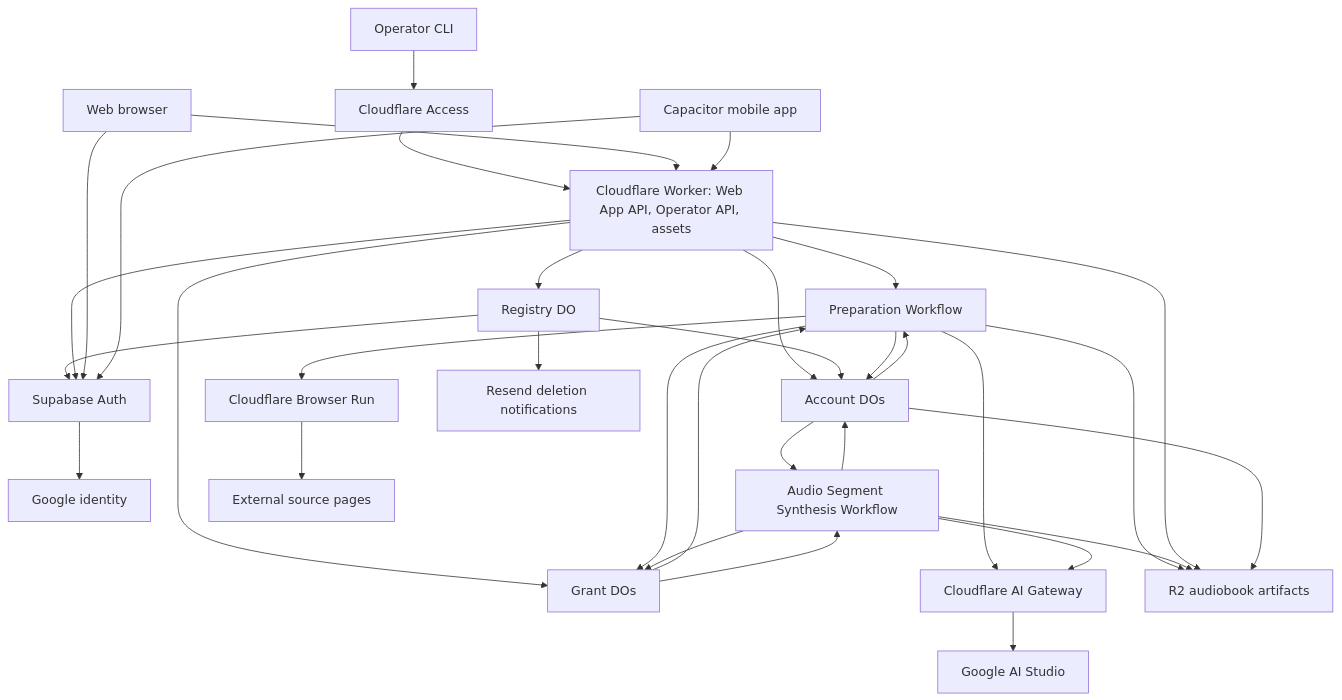
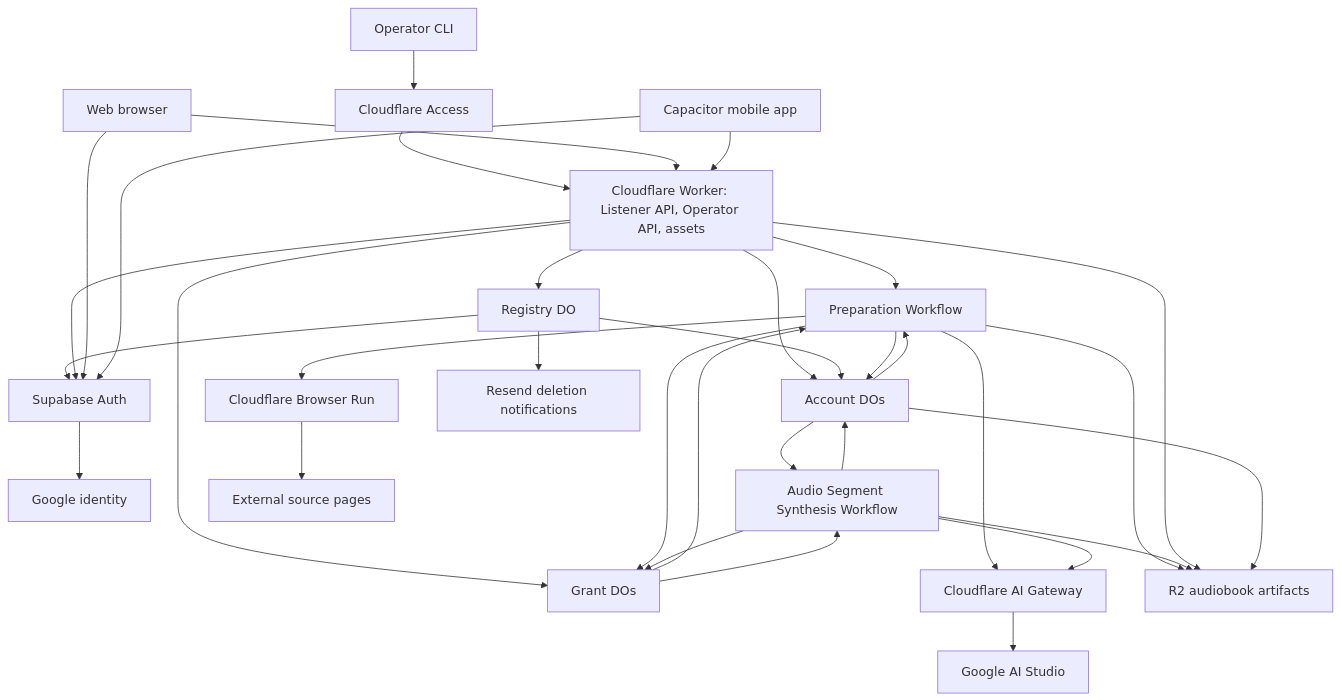
One commit to patricktree/cup changed the first of 2 diagrams in docs/architecture/README.md. Above: the diagram before and after it, drawn with Mermaid. The commit also changed other lines of this file and 67 other files, not shown here.

First line of the commit message:
refactor: rename web-app-api packages to listener-api (#14)

````diff
--- a/docs/architecture/README.md
+++ b/docs/architecture/README.md
@@ -7,35 +7,35 @@
 ```mermaid
 flowchart TD
     Operator[Operator CLI] --> Access[Cloudflare Access]
     Access --> Worker
-    Web[Web browser] --> Worker[Cloudflare Worker: Web App API, Operator API, assets]
+    Web[Web browser] --> Worker[Cloudflare Worker: Listener API, Operator API, assets]
     Native[Capacitor mobile app] --> Worker
     Registry --> Auth
     Worker --> Auth
     Web --> Auth[Supabase Auth]
     Native --> Auth
     Auth --> Google[Google identity]
     Worker --> Preparation[Preparation Workflow]
     Worker --> Accounts[Account DOs]
     Worker --> Trials[Grant DOs]
     Worker --> Registry[Registry DO]
     Registry --> Accounts
     Accounts --> Preparation
     Trials --> Preparation
     Accounts --> Synthesis[Audio Segment Synthesis Workflow]
     Trials --> Synthesis
     Preparation --> Browser[Cloudflare Browser Run]
     Browser --> Source[External source pages]
     Preparation --> Gateway[Cloudflare AI Gateway]
     Synthesis --> Gateway
     Gateway --> AI[Google AI Studio]
     Preparation --> Accounts
     Preparation --> Trials
     Preparation --> R2[R2 audiobook artifacts]
     Synthesis --> Accounts
     Synthesis --> Trials
     Synthesis --> R2
     Worker --> R2
     Accounts --> R2
     Registry --> Email[Resend deletion notifications]
 ```
````
